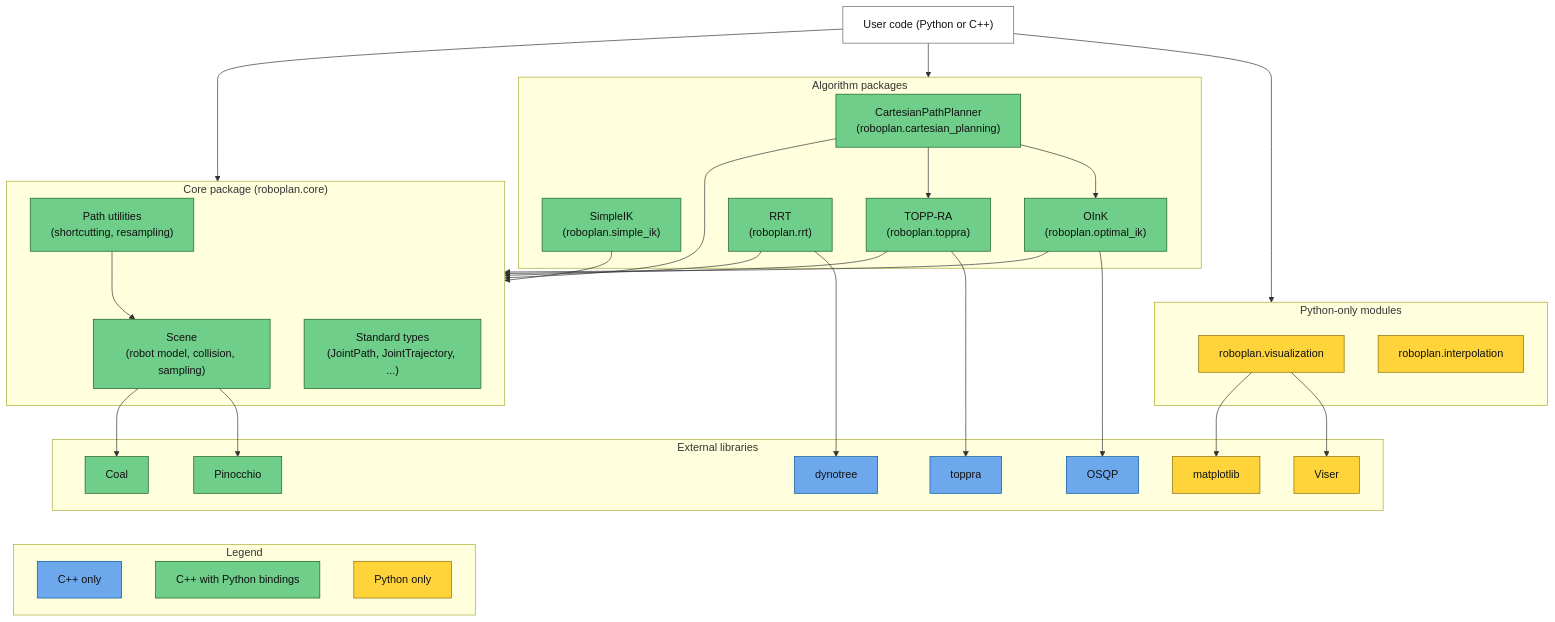
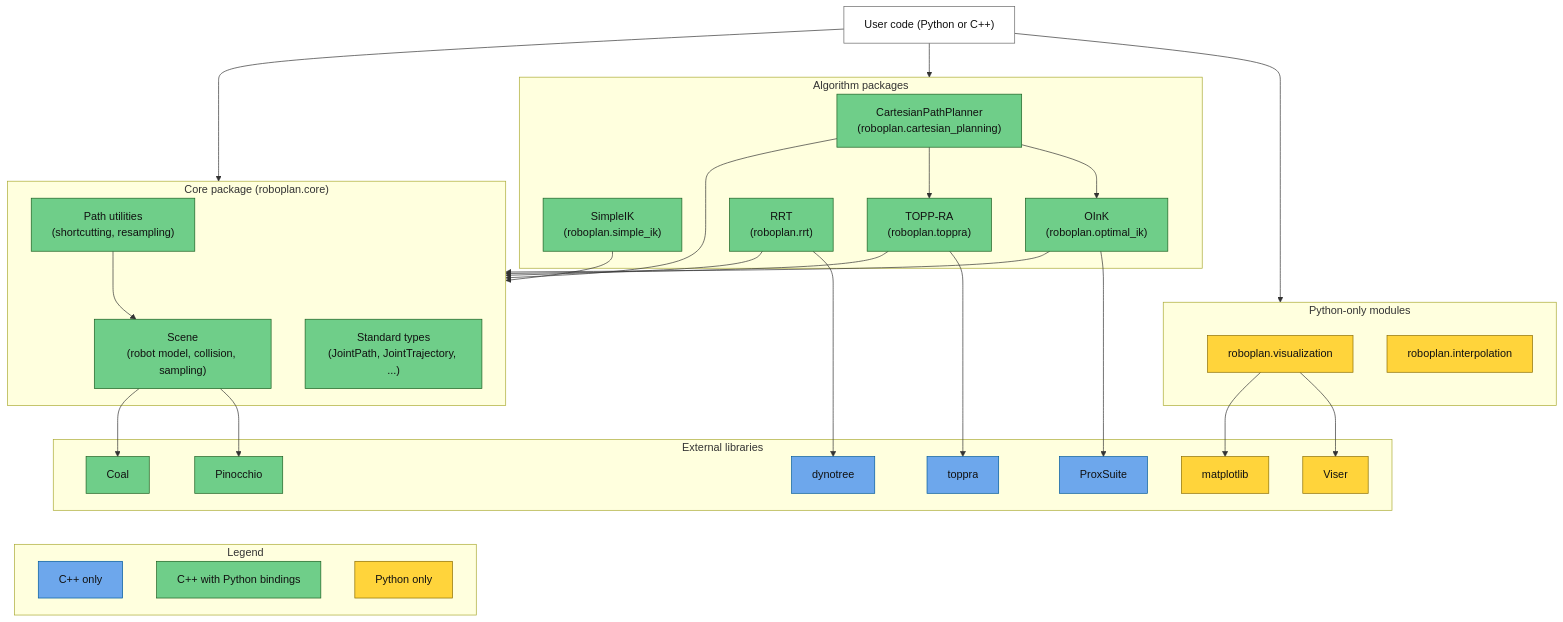
Before and after one commit to 15906185391/roboplan: the diagram in docs/source/design/architecture.rst, drawn with Mermaid. The commit also changed other lines of this file and 25 other files, not shown here.

Commit message:
Switch OInK backend from OSQP to ProxQP (#259)

```diff
--- a/docs/source/design/architecture.rst
+++ b/docs/source/design/architecture.rst
@@ -11,72 +11,72 @@
 .. mermaid::
 
    flowchart TD
        USER["User code (Python or C++)"]
 
        subgraph PYONLY["Python-only modules"]
            VIZ["roboplan.visualization"]
            INTERP["roboplan.interpolation"]
        end
 
        subgraph ALGOS["Algorithm packages"]
            CART["CartesianPathPlanner<br/>(roboplan.cartesian_planning)"]
            SINK["SimpleIK<br/>(roboplan.simple_ik)"]
            OINK["OInK<br/>(roboplan.optimal_ik)"]
            RRT["RRT<br/>(roboplan.rrt)"]
            TOPPRA["TOPP-RA<br/>(roboplan.toppra)"]
        end
 
        subgraph CORE["Core package (roboplan.core)"]
            SCENE["Scene<br/>(robot model, collision, sampling)"]
            TYPES["Standard types<br/>(JointPath, JointTrajectory, ...)"]
            SHORT["Path utilities<br/>(shortcutting, resampling)"]
        end
 
        subgraph EXT["External libraries"]
            PIN["Pinocchio"]
            COAL["Coal"]
-           OSQP["OSQP"]
+           PROXSUITE["ProxSuite"]
            TOPPRALIB["toppra"]
            DYNO["dynotree"]
            VISER["Viser"]
            MPL["matplotlib"]
        end
 
        USER --> PYONLY
        USER --> ALGOS
        USER --> CORE
 
        CART --> OINK
        CART --> TOPPRA
        SINK --> CORE
        OINK --> CORE
        RRT --> CORE
        TOPPRA --> CORE
        CART --> CORE
        SHORT --> SCENE
 
-       OINK --> OSQP
+       OINK --> PROXSUITE
        RRT --> DYNO
        TOPPRA --> TOPPRALIB
        SCENE --> PIN
        SCENE --> COAL
        VIZ --> VISER
        VIZ --> MPL
 
        subgraph LEGEND["Legend"]
            LCPP["C++ only"]
            LBOTH["C++ with Python bindings"]
            LPY["Python only"]
        end
 
        EXT ~~~ LPY & LBOTH & LCPP
 
        classDef cpp fill:#6da7ec,stroke:#00599c,color:#111111
        classDef python fill:#ffd43b,stroke:#8a6d00,color:#111111
        classDef both fill:#6fce89,stroke:#1b5e20,color:#111111
        classDef neutral fill:#ffffff,stroke:#666666,color:#111111
 
-       class LCPP,OSQP,TOPPRALIB,DYNO cpp
+       class LCPP,PROXSUITE,TOPPRALIB,DYNO cpp
        class LPY,VIZ,INTERP,VISER,MPL python
        class LBOTH,CART,SINK,OINK,RRT,TOPPRA,SCENE,TYPES,SHORT,PIN,COAL both
        class USER neutral
```
